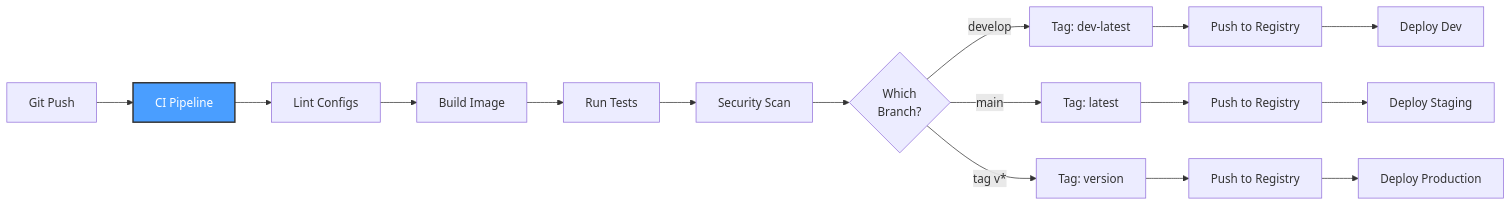
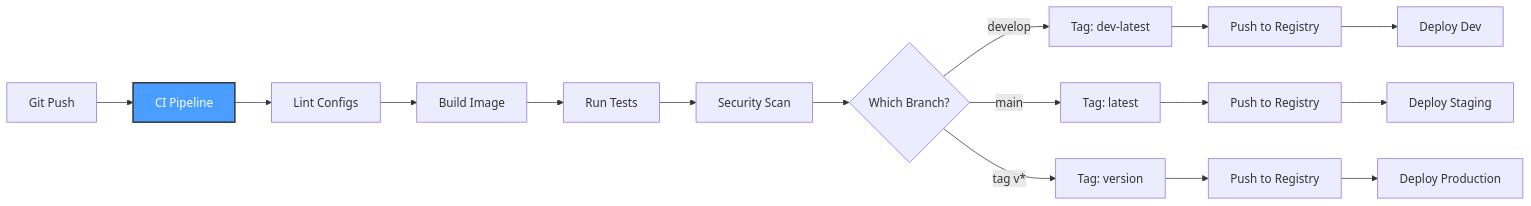
Diagram 16 of 16 in wiki/Build-Process.md (softwarewrighter/dev-proxy), drawn with Mermaid before and after one commit. The commit also changed other lines of this file and 6 other files, not shown here.

First line of the commit message:
Fix wiki Mermaid diagrams: remove <br/> tags

````diff
--- a/wiki/Build-Process.md
+++ b/wiki/Build-Process.md
@@ -681,25 +681,25 @@
 ```mermaid
 graph LR
     Trigger[Git Push] --> CI[CI Pipeline]
 
     CI --> Lint[Lint Configs]
     Lint --> Build[Build Image]
     Build --> Test[Run Tests]
     Test --> Scan[Security Scan]
 
-    Scan --> Branch{Which<br/>Branch?}
+    Scan --> Branch{Which Branch?}
 
     Branch -->|develop| TagDev[Tag: dev-latest]
     Branch -->|main| TagProd[Tag: latest]
     Branch -->|tag v*| TagVer[Tag: version]
 
     TagDev --> PushDev[Push to Registry]
     TagProd --> PushProd[Push to Registry]
     TagVer --> PushVer[Push to Registry]
 
     PushDev --> DeployDev[Deploy Dev]
     PushProd --> DeployStaging[Deploy Staging]
     PushVer --> DeployProd[Deploy Production]
 
     style CI fill:#4a9eff,stroke:#333,stroke-width:2px,color:#fff
 ```
````
